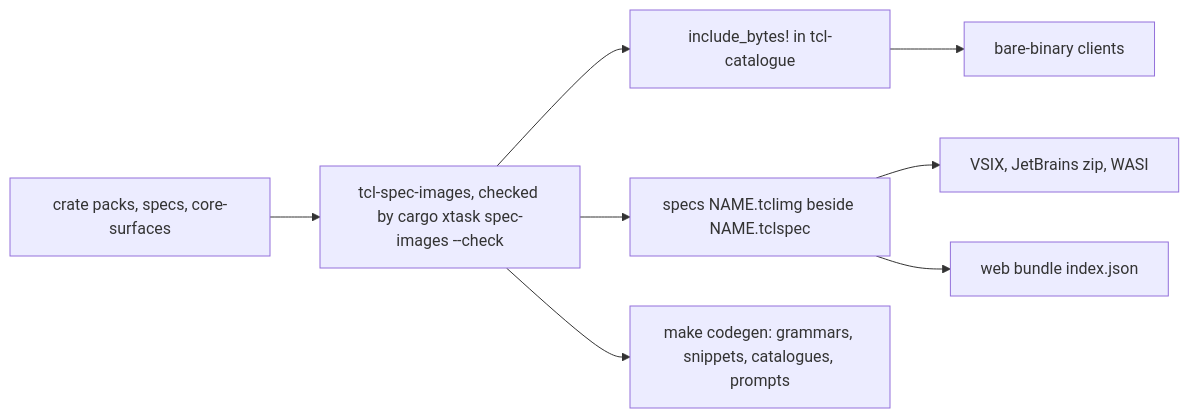
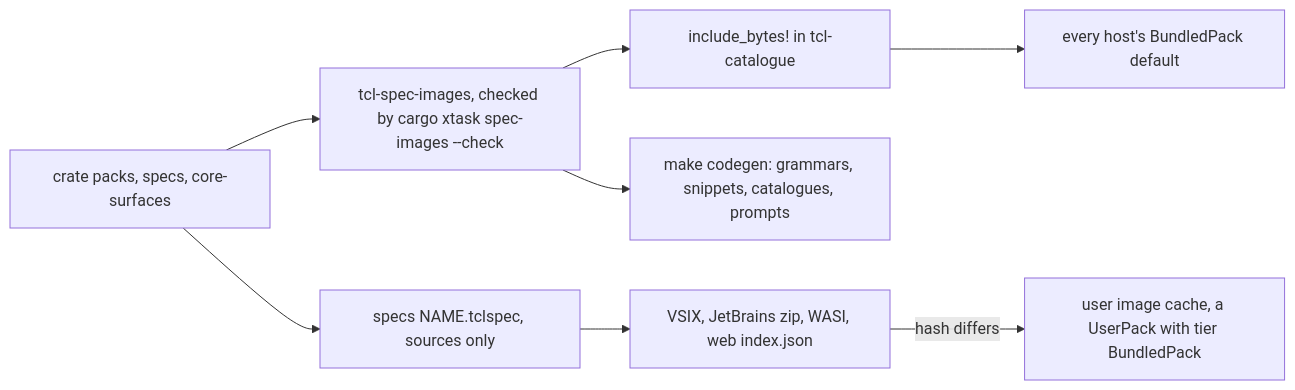
The second of 2 diagrams in docs/design/registry/spectcl-3/10-tooling-and-migration.md (bitwisecook/tcl-lsp), drawn with Mermaid before and after one commit. The commit also changed other lines of this file and 15 other files, not shown here.

````diff
--- a/docs/design/registry/spectcl-3/10-tooling-and-migration.md
+++ b/docs/design/registry/spectcl-3/10-tooling-and-migration.md
@@ -221,10 +229,10 @@
 ```mermaid
 flowchart LR
   sources["crate packs, specs, core-surfaces"] --> xtask["tcl-spec-images, checked by cargo xtask spec-images --check"]
   xtask --> embedded["include_bytes! in tcl-catalogue"]
-  xtask --> staged["specs NAME.tclimg beside NAME.tclspec"]
-  staged --> vsix["VSIX, JetBrains zip, WASI"]
-  staged --> web["web bundle index.json"]
-  embedded --> bare["bare-binary clients"]
+  embedded --> hosts["every host's BundledPack default"]
+  sources --> shipped["specs NAME.tclspec, sources only"]
+  shipped --> vsix["VSIX, JetBrains zip, WASI, web index.json"]
+  vsix -- "hash differs" --> cache["user image cache, a UserPack with tier BundledPack"]
   xtask --> gens["make codegen: grammars, snippets, catalogues, prompts"]
 ```
````
